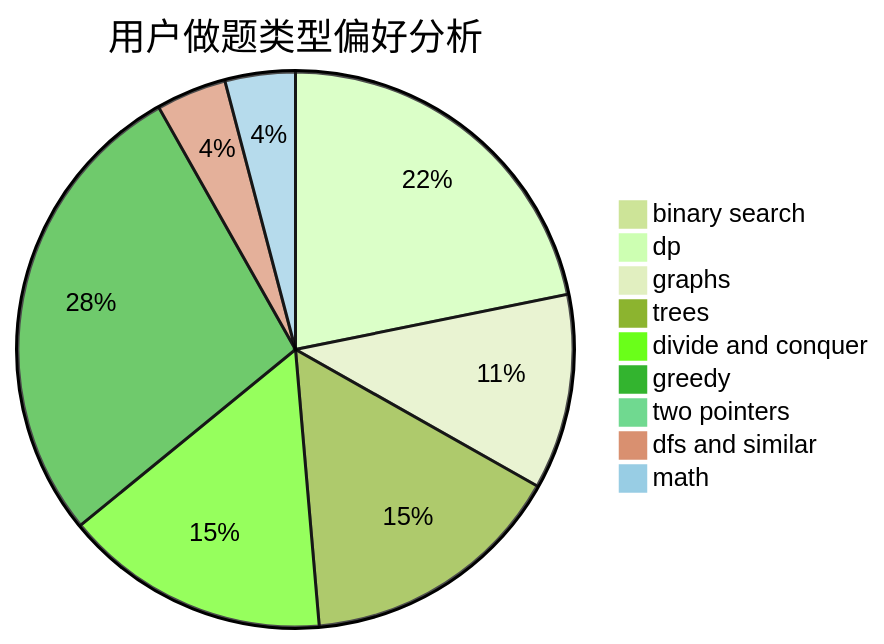
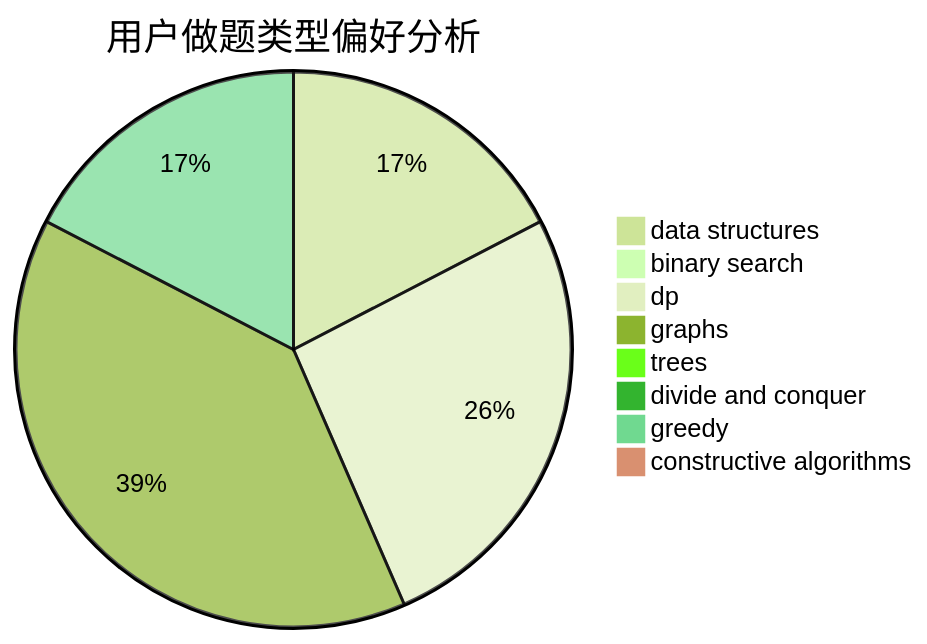
Before and after one commit to sherpahu/cfrs.github.io: the second of 3 diagrams in docs/user/u635.md, drawn with Mermaid (forest theme). The commit also changed other lines of this file and 2775 other files, not shown here.

````diff
--- a/docs/user/u635.md
+++ b/docs/user/u635.md
@@ -23,12 +23,11 @@
 ```mermaid
 pie title 用户做题类型偏好分析
+    "data structures" :  4
     "binary search" :  0
-    "dp" :  48
-    "graphs" :  25
-    "trees" :  34
-    "divide and conquer" :  34
-    "greedy" :  61
-    "two pointers" :  0
-    "dfs and similar" :  9
-    "math" :  9
+    "dp" :  6
+    "graphs" :  9
+    "trees" :  0
+    "divide and conquer" :  0
+    "greedy" :  4
+    "constructive algorithms" :  0
 ```
````
